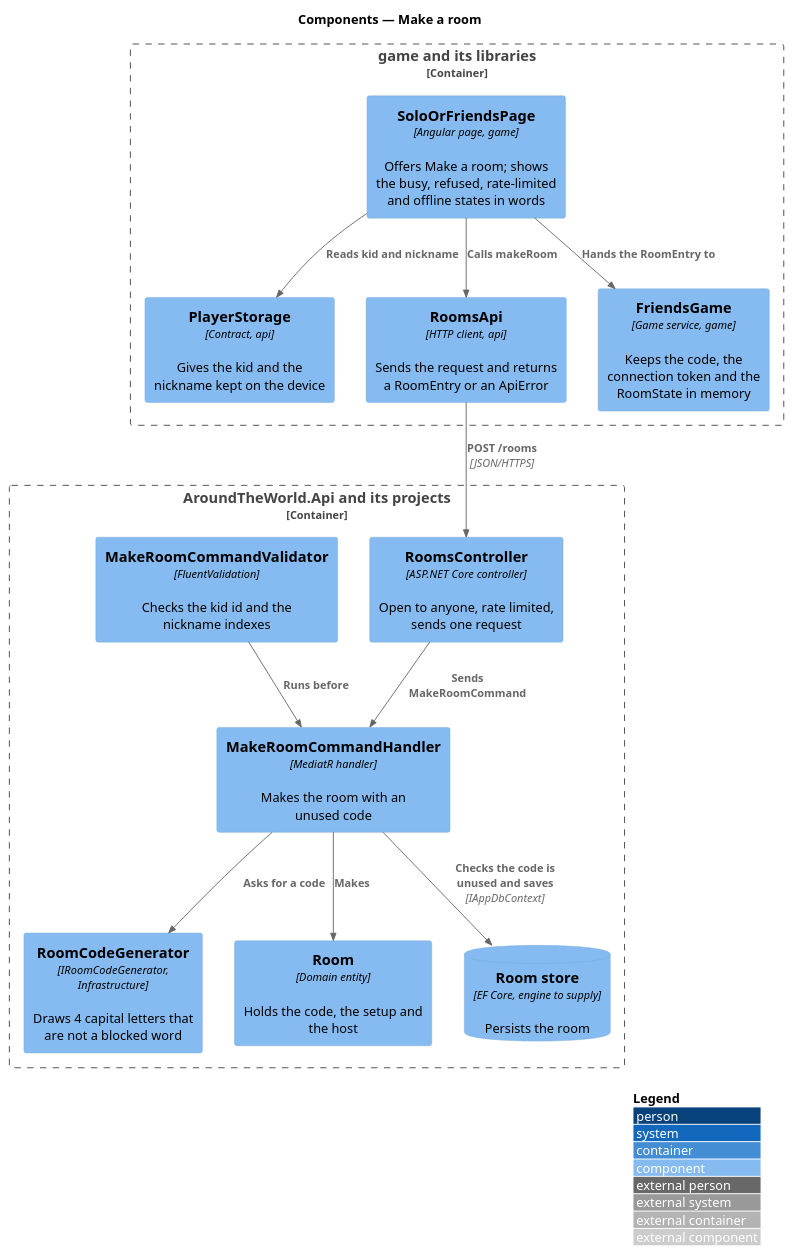
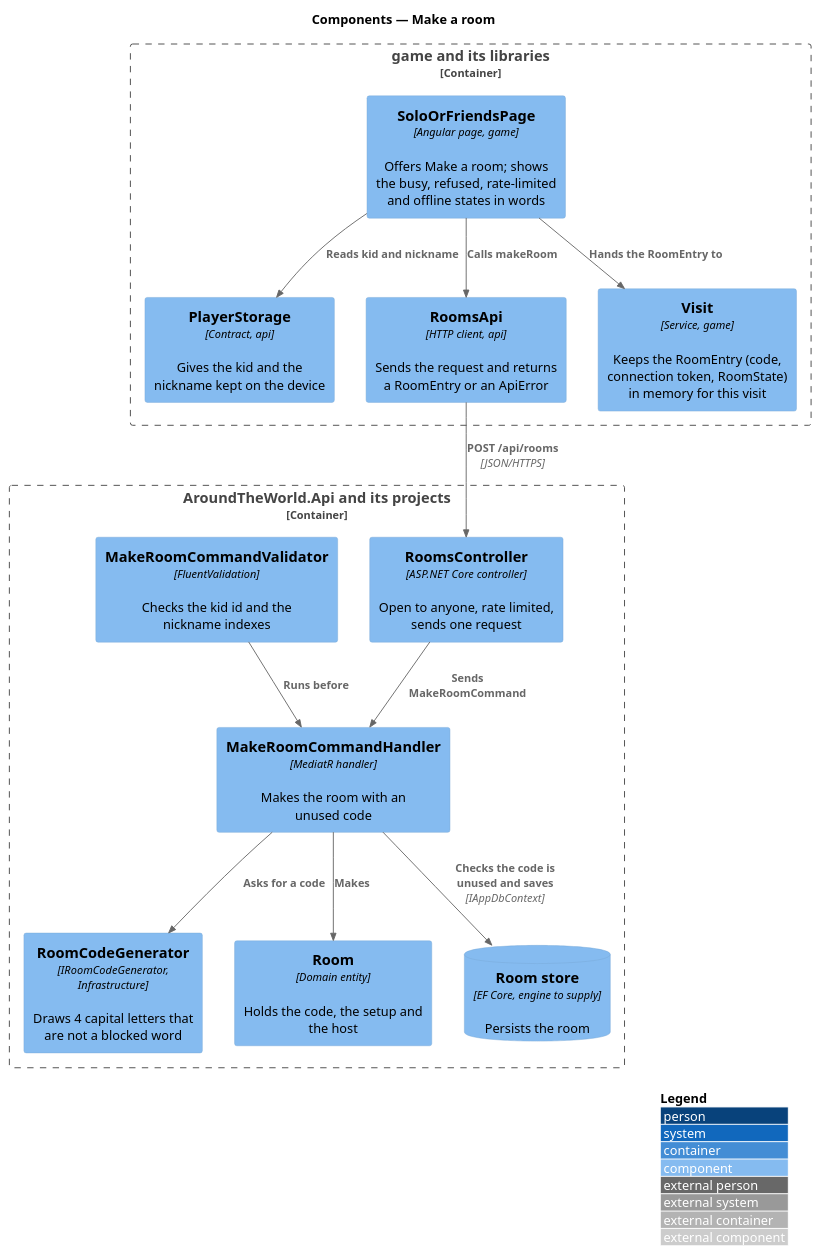
Before and after one commit to QuinntyneBrown/around-the-world: the diagram in docs/detailed-designs/rooms/make-room/diagrams/c4-component.puml, drawn with PlantUML. The commit also changed 18 other files, not shown here.

First line of the commit message:
Journey 12: ADR 0031, the make-room and guard-room designs' decisions, L2-022 and the Solo Or Friends notes

```diff
--- a/docs/detailed-designs/rooms/make-room/diagrams/c4-component.puml
+++ b/docs/detailed-designs/rooms/make-room/diagrams/c4-component.puml
@@ -1,29 +1,29 @@
 @startuml
 !include <C4/C4_Component>
 LAYOUT_WITH_LEGEND()
 title Components — Make a room
 
 Container_Boundary(game, "game and its libraries") {
   Component(page, "SoloOrFriendsPage", "Angular page, game", "Offers Make a room; shows the busy, refused, rate-limited and offline states in words")
   Component(storage, "PlayerStorage", "Contract, api", "Gives the kid and the nickname kept on the device")
   Component(client, "RoomsApi", "HTTP client, api", "Sends the request and returns a RoomEntry or an ApiError")
-  Component(session, "FriendsGame", "Game service, game", "Keeps the code, the connection token and the RoomState in memory")
+  Component(session, "Visit", "Service, game", "Keeps the RoomEntry (code, connection token, RoomState) in memory for this visit")
 }
 Container_Boundary(api, "AroundTheWorld.Api and its projects") {
   Component(ctrl, "RoomsController", "ASP.NET Core controller", "Open to anyone, rate limited, sends one request")
   Component(validator, "MakeRoomCommandValidator", "FluentValidation", "Checks the kid id and the nickname indexes")
   Component(handler, "MakeRoomCommandHandler", "MediatR handler", "Makes the room with an unused code")
   Component(codes, "RoomCodeGenerator", "IRoomCodeGenerator, Infrastructure", "Draws 4 capital letters that are not a blocked word")
   Component(room, "Room", "Domain entity", "Holds the code, the setup and the host")
   ComponentDb(store, "Room store", "EF Core, engine to supply", "Persists the room")
 }
 Rel(page, storage, "Reads kid and nickname")
 Rel(page, client, "Calls makeRoom")
 Rel(page, session, "Hands the RoomEntry to")
-Rel(client, ctrl, "POST /rooms", "JSON/HTTPS")
+Rel(client, ctrl, "POST /api/rooms", "JSON/HTTPS")
 Rel(ctrl, handler, "Sends MakeRoomCommand")
 Rel(validator, handler, "Runs before")
 Rel(handler, codes, "Asks for a code")
 Rel(handler, room, "Makes")
 Rel(handler, store, "Checks the code is unused and saves", "IAppDbContext")
 @enduml
```
